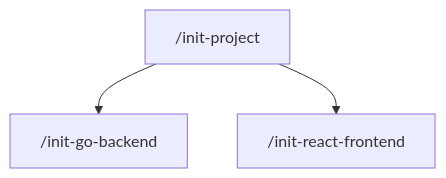
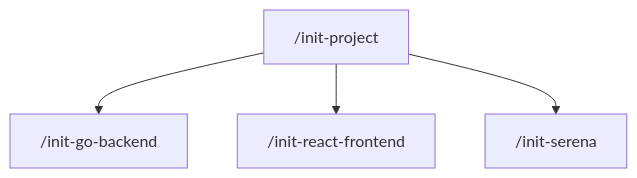
Before and after one commit to hiroto-aibara/claude-code-skill-example: the first of 4 diagrams in README.md, drawn with Mermaid. The commit also changed other lines of this file and 1 other file, not shown here.

First line of the commit message:
feat: add init-serena skill for Serena MCP setup

````diff
--- a/README.md
+++ b/README.md
@@ -67,9 +70,11 @@
 ```mermaid
 flowchart TD
     A["/init-project"]
     B["/init-go-backend"]
     C["/init-react-frontend"]
+    D["/init-serena"]
 
     A --> B
     A --> C
+    A --> D
 ```
````
